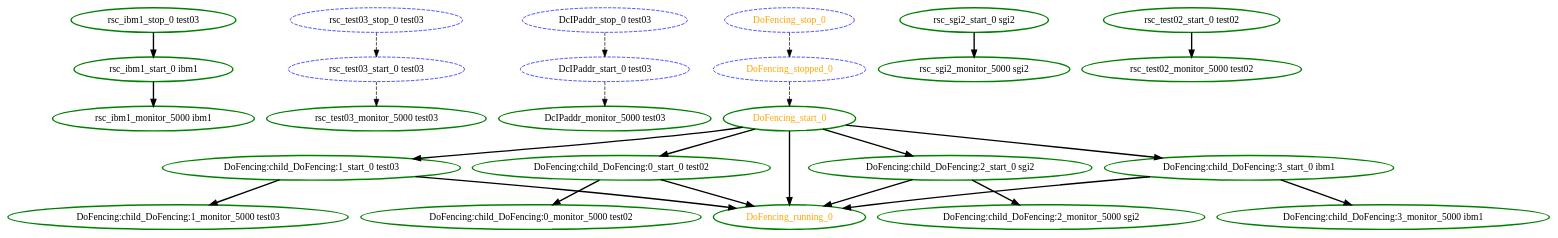
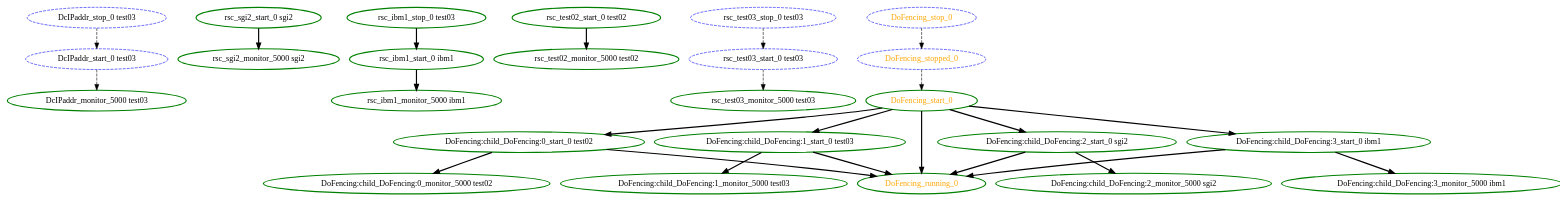
One commit to richiewen8/heartbeat changed the diagram in crm/pengine/testcases/726.dot. Above: the diagram before and after it, drawn with Graphviz. The commit also changed other lines of this file and 24 other files, not shown here.

```diff
--- a/crm/pengine/testcases/726.dot
+++ b/crm/pengine/testcases/726.dot
@@ -1,51 +1,51 @@
 digraph "g" {
 	size = "30,30"
-"rsc_ibm1_monitor_5000 ibm1" [ style=bold color="green" fontcolor="black" ]
-"rsc_test03_monitor_5000 test03" [ style=bold color="green" fontcolor="black" ]
-"DcIPaddr_monitor_5000 test03" [ style=bold color="green" fontcolor="black" ]
-"DoFencing:child_DoFencing:1_start_0 test03" [ style=bold color="green" fontcolor="black" ]
-"DoFencing:child_DoFencing:0_start_0 test02" [ style=bold color="green" fontcolor="black" ]
 "DcIPaddr_stop_0 test03" [ style="dashed" color="blue" fontcolor="black" ]
 "DcIPaddr_start_0 test03" [ style="dashed" color="blue" fontcolor="black" ]
+"DcIPaddr_monitor_5000 test03" [ style=bold color="green" fontcolor="black" ]
 "rsc_sgi2_start_0 sgi2" [ style=bold color="green" fontcolor="black" ]
 "rsc_sgi2_monitor_5000 sgi2" [ style=bold color="green" fontcolor="black" ]
 "rsc_ibm1_stop_0 test03" [ style=bold color="green" fontcolor="black" ]
 "rsc_ibm1_start_0 ibm1" [ style=bold color="green" fontcolor="black" ]
+"rsc_ibm1_monitor_5000 ibm1" [ style=bold color="green" fontcolor="black" ]
 "rsc_test02_start_0 test02" [ style=bold color="green" fontcolor="black" ]
 "rsc_test02_monitor_5000 test02" [ style=bold color="green" fontcolor="black" ]
 "rsc_test03_stop_0 test03" [ style="dashed" color="blue" fontcolor="black" ]
 "rsc_test03_start_0 test03" [ style="dashed" color="blue" fontcolor="black" ]
+"rsc_test03_monitor_5000 test03" [ style=bold color="green" fontcolor="black" ]
+"DoFencing:child_DoFencing:0_start_0 test02" [ style=bold color="green" fontcolor="black" ]
 "DoFencing:child_DoFencing:0_monitor_5000 test02" [ style=bold color="green" fontcolor="black" ]
+"DoFencing:child_DoFencing:1_start_0 test03" [ style=bold color="green" fontcolor="black" ]
 "DoFencing:child_DoFencing:1_monitor_5000 test03" [ style=bold color="green" fontcolor="black" ]
 "DoFencing:child_DoFencing:2_start_0 sgi2" [ style=bold color="green" fontcolor="black" ]
 "DoFencing:child_DoFencing:2_monitor_5000 sgi2" [ style=bold color="green" fontcolor="black" ]
 "DoFencing:child_DoFencing:3_start_0 ibm1" [ style=bold color="green" fontcolor="black" ]
 "DoFencing:child_DoFencing:3_monitor_5000 ibm1" [ style=bold color="green" fontcolor="black" ]
 "DoFencing_start_0" [ style=bold color="green" fontcolor="orange" ]
 "DoFencing_running_0" [ style=bold color="green" fontcolor="orange" ]
 "DoFencing_stop_0" [ style="dashed" color="blue" fontcolor="orange" ]
 "DoFencing_stopped_0" [ style="dashed" color="blue" fontcolor="orange" ]
-"rsc_ibm1_start_0 ibm1" -> "rsc_ibm1_monitor_5000 ibm1" [ style = bold]
-"rsc_test03_start_0 test03" -> "rsc_test03_monitor_5000 test03" [ style = dashed]
+"DcIPaddr_stop_0 test03" -> "DcIPaddr_start_0 test03" [ style = dashed]
 "DcIPaddr_start_0 test03" -> "DcIPaddr_monitor_5000 test03" [ style = dashed]
-"DoFencing_start_0" -> "DoFencing:child_DoFencing:1_start_0 test03" [ style = bold]
-"DoFencing_start_0" -> "DoFencing:child_DoFencing:0_start_0 test02" [ style = bold]
-"DcIPaddr_stop_0 test03" -> "DcIPaddr_start_0 test03" [ style = dashed]
 "rsc_sgi2_start_0 sgi2" -> "rsc_sgi2_monitor_5000 sgi2" [ style = bold]
 "rsc_ibm1_stop_0 test03" -> "rsc_ibm1_start_0 ibm1" [ style = bold]
+"rsc_ibm1_start_0 ibm1" -> "rsc_ibm1_monitor_5000 ibm1" [ style = bold]
 "rsc_test02_start_0 test02" -> "rsc_test02_monitor_5000 test02" [ style = bold]
 "rsc_test03_stop_0 test03" -> "rsc_test03_start_0 test03" [ style = dashed]
+"rsc_test03_start_0 test03" -> "rsc_test03_monitor_5000 test03" [ style = dashed]
+"DoFencing_start_0" -> "DoFencing:child_DoFencing:0_start_0 test02" [ style = bold]
 "DoFencing:child_DoFencing:0_start_0 test02" -> "DoFencing:child_DoFencing:0_monitor_5000 test02" [ style = bold]
+"DoFencing_start_0" -> "DoFencing:child_DoFencing:1_start_0 test03" [ style = bold]
 "DoFencing:child_DoFencing:1_start_0 test03" -> "DoFencing:child_DoFencing:1_monitor_5000 test03" [ style = bold]
 "DoFencing_start_0" -> "DoFencing:child_DoFencing:2_start_0 sgi2" [ style = bold]
 "DoFencing:child_DoFencing:2_start_0 sgi2" -> "DoFencing:child_DoFencing:2_monitor_5000 sgi2" [ style = bold]
 "DoFencing_start_0" -> "DoFencing:child_DoFencing:3_start_0 ibm1" [ style = bold]
 "DoFencing:child_DoFencing:3_start_0 ibm1" -> "DoFencing:child_DoFencing:3_monitor_5000 ibm1" [ style = bold]
 "DoFencing_stopped_0" -> "DoFencing_start_0" [ style = dashed]
+"DoFencing:child_DoFencing:0_start_0 test02" -> "DoFencing_running_0" [ style = bold]
 "DoFencing:child_DoFencing:1_start_0 test03" -> "DoFencing_running_0" [ style = bold]
-"DoFencing:child_DoFencing:0_start_0 test02" -> "DoFencing_running_0" [ style = bold]
 "DoFencing:child_DoFencing:2_start_0 sgi2" -> "DoFencing_running_0" [ style = bold]
 "DoFencing:child_DoFencing:3_start_0 ibm1" -> "DoFencing_running_0" [ style = bold]
 "DoFencing_start_0" -> "DoFencing_running_0" [ style = bold]
 "DoFencing_stop_0" -> "DoFencing_stopped_0" [ style = dashed]
 }
```
